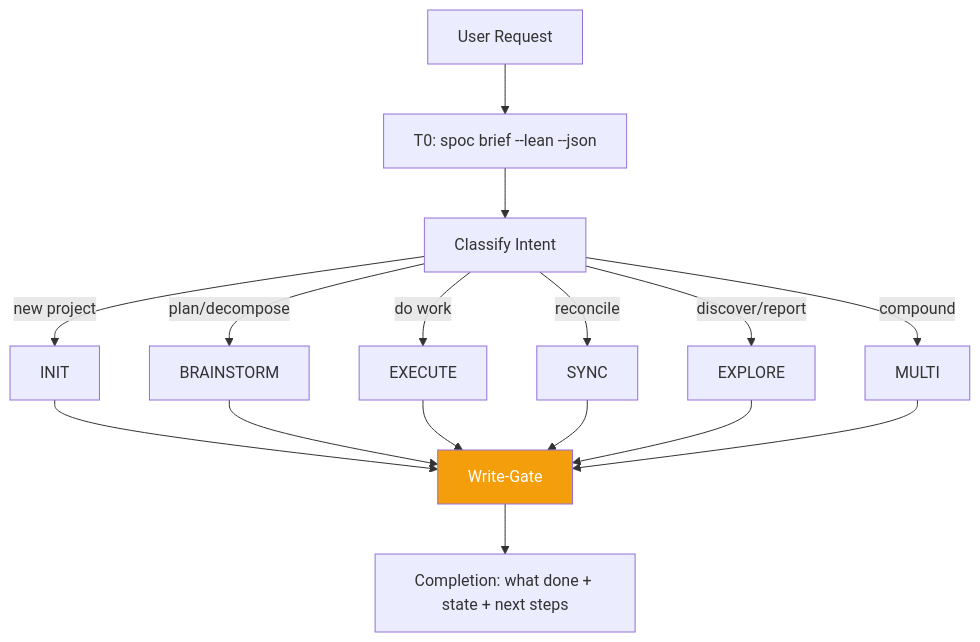
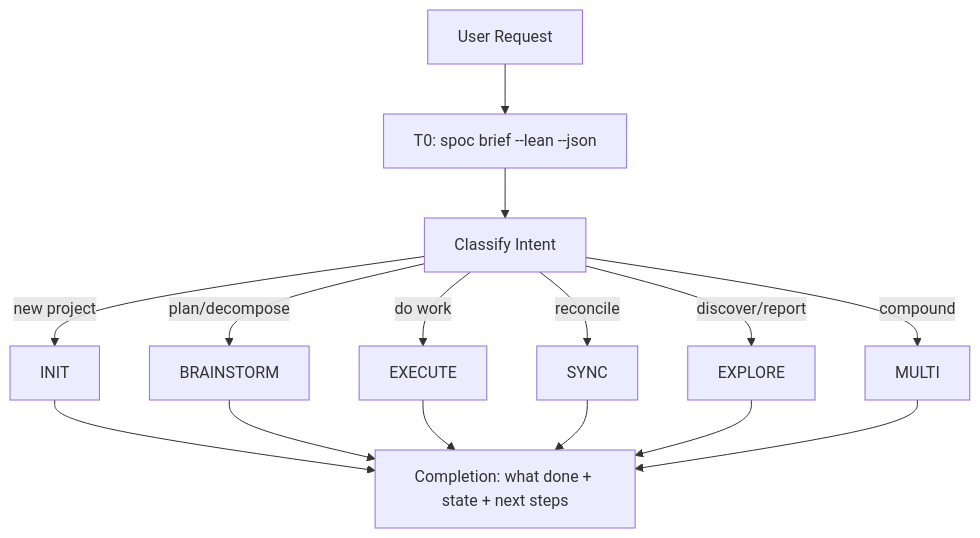
The diagram in skills/orchestrate.md (rryando/SPOC), drawn with Mermaid before and after one commit. The commit also changed other lines of this file and 29 other files, not shown here.

````diff
--- a/skills/orchestrate.md
+++ b/skills/orchestrate.md
@@ -15,15 +15,12 @@
 ```mermaid
 flowchart TD
-    classDef gate fill:#f59e0b,color:#fff
-
     A[User Request] --> B[T0: spoc brief --lean --json]
     B --> C[Classify Intent]
     C -->|new project| INIT[INIT]
     C -->|plan/decompose| BRAINSTORM[BRAINSTORM]
     C -->|do work| EXECUTE[EXECUTE]
     C -->|reconcile| SYNC[SYNC]
     C -->|discover/report| EXPLORE[EXPLORE]
     C -->|compound| MULTI[MULTI]
-    INIT & BRAINSTORM & EXECUTE & SYNC & EXPLORE & MULTI --> WG[Write-Gate]:::gate
-    WG --> DONE[Completion: what done + state + next steps]
+    INIT & BRAINSTORM & EXECUTE & SYNC & EXPLORE & MULTI --> DONE[Completion: what done + state + next steps]
 ```
````
